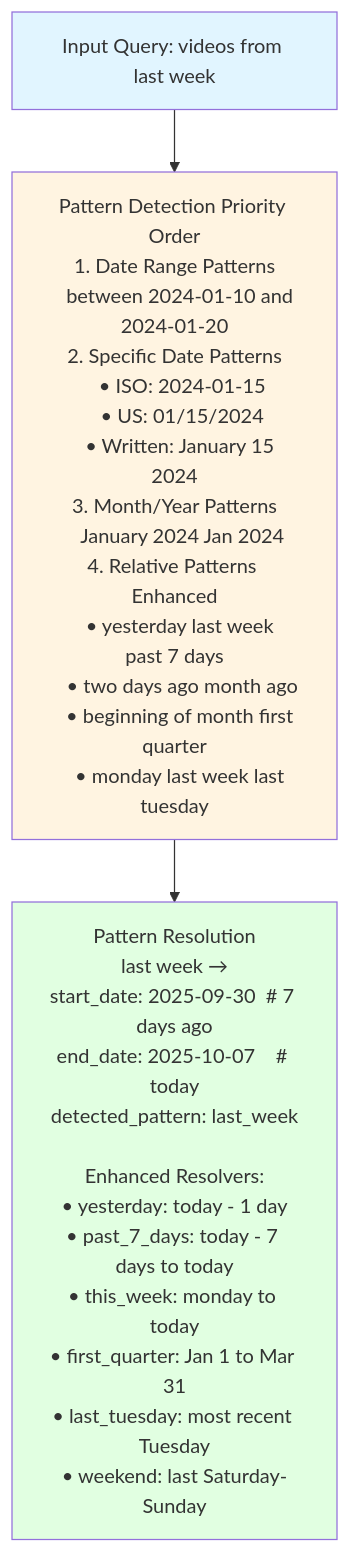
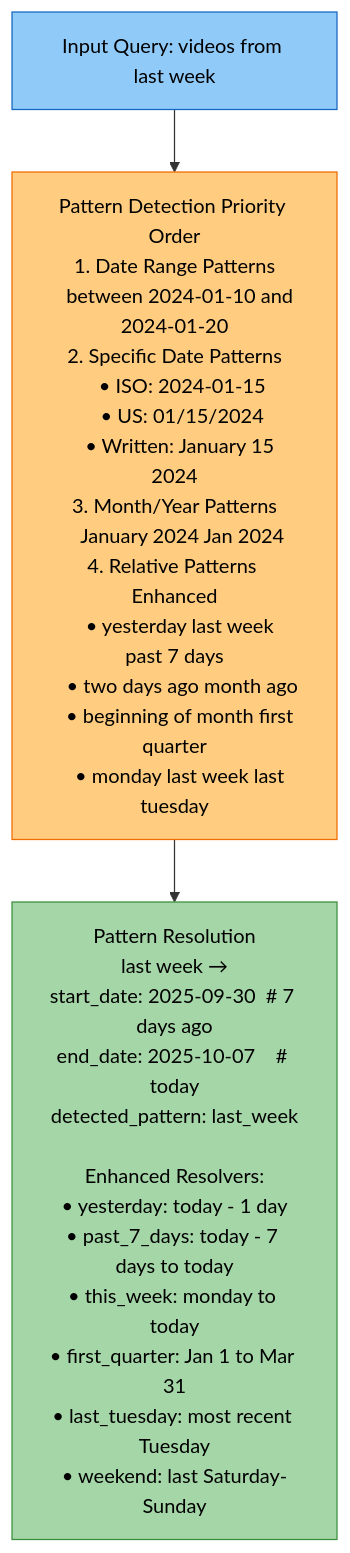
Before and after one commit to amit-jain/cogniverse: the third of 3 diagrams in docs/modules/tools.md, drawn with Mermaid. The commit also changed other lines of this file and 83 other files, not shown here.

First line of the commit message:
Fix documentation veracity, formatting, and diagrams across all modules

````diff
--- a/docs/modules/tools.md
+++ b/docs/modules/tools.md
@@ -110,15 +111,15 @@
 ```mermaid
-graph TB
-    INPUT[Input Query: videos from last week]
+flowchart TB
+    INPUT["<span style='color:#000'>Input Query: videos from last week</span>"]
 
-    DETECT[Pattern Detection Priority Order<br/>1. Date Range Patterns<br/>   between 2024-01-10 and 2024-01-20<br/>2. Specific Date Patterns<br/>   • ISO: 2024-01-15<br/>   • US: 01/15/2024<br/>   • Written: January 15 2024<br/>3. Month/Year Patterns<br/>   January 2024 Jan 2024<br/>4. Relative Patterns Enhanced<br/>   • yesterday last week past 7 days<br/>   • two days ago month ago<br/>   • beginning of month first quarter<br/>   • monday last week last tuesday]
+    DETECT["<span style='color:#000'>Pattern Detection Priority Order<br/>1. Date Range Patterns<br/>   between 2024-01-10 and 2024-01-20<br/>2. Specific Date Patterns<br/>   • ISO: 2024-01-15<br/>   • US: 01/15/2024<br/>   • Written: January 15 2024<br/>3. Month/Year Patterns<br/>   January 2024 Jan 2024<br/>4. Relative Patterns Enhanced<br/>   • yesterday last week past 7 days<br/>   • two days ago month ago<br/>   • beginning of month first quarter<br/>   • monday last week last tuesday</span>"]
 
-    RESOLVE[Pattern Resolution<br/>last week →<br/>start_date: 2025-09-30  # 7 days ago<br/>end_date: 2025-10-07    # today<br/>detected_pattern: last_week<br/><br/>Enhanced Resolvers:<br/>• yesterday: today - 1 day<br/>• past_7_days: today - 7 days to today<br/>• this_week: monday to today<br/>• first_quarter: Jan 1 to Mar 31<br/>• last_tuesday: most recent Tuesday<br/>• weekend: last Saturday-Sunday]
+    RESOLVE["<span style='color:#000'>Pattern Resolution<br/>last week →<br/>start_date: 2025-09-30  # 7 days ago<br/>end_date: 2025-10-07    # today<br/>detected_pattern: last_week<br/><br/>Enhanced Resolvers:<br/>• yesterday: today - 1 day<br/>• past_7_days: today - 7 days to today<br/>• this_week: monday to today<br/>• first_quarter: Jan 1 to Mar 31<br/>• last_tuesday: most recent Tuesday<br/>• weekend: last Saturday-Sunday</span>"]
 
     INPUT --> DETECT
     DETECT --> RESOLVE
 
-    style INPUT fill:#e1f5ff
-    style DETECT fill:#fff4e1
-    style RESOLVE fill:#e1ffe1
+    style INPUT fill:#90caf9,stroke:#1565c0,color:#000
+    style DETECT fill:#ffcc80,stroke:#ef6c00,color:#000
+    style RESOLVE fill:#a5d6a7,stroke:#388e3c,color:#000
 ```
````
